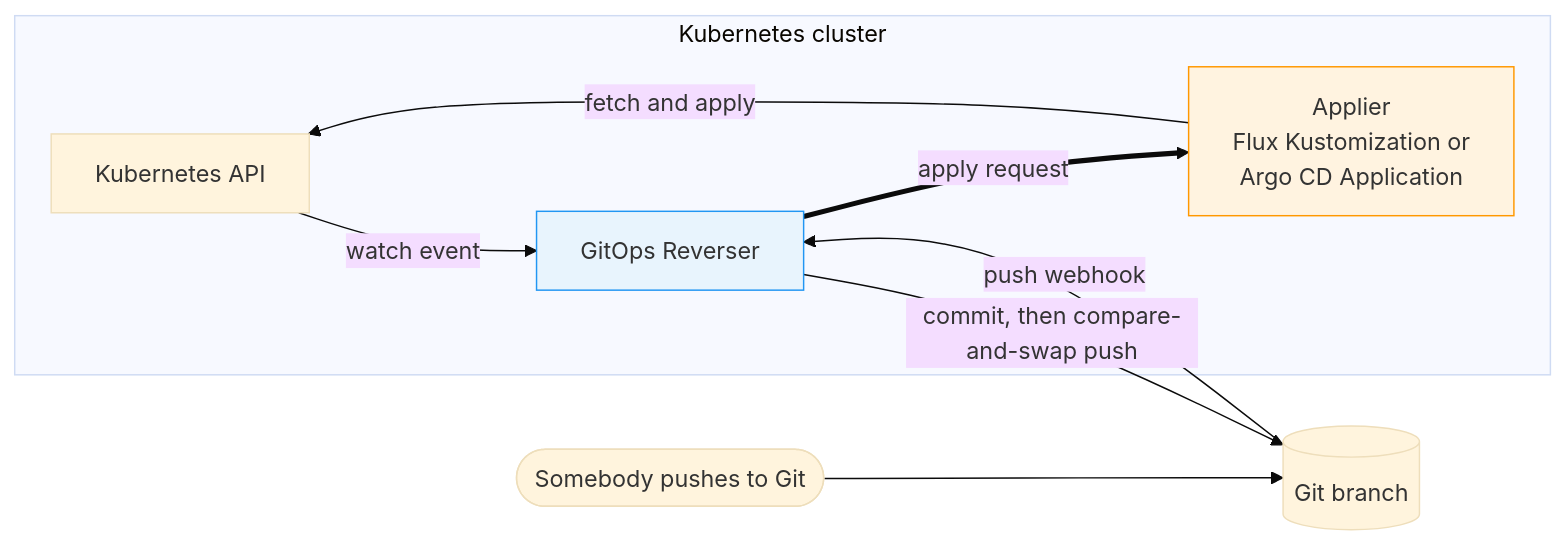
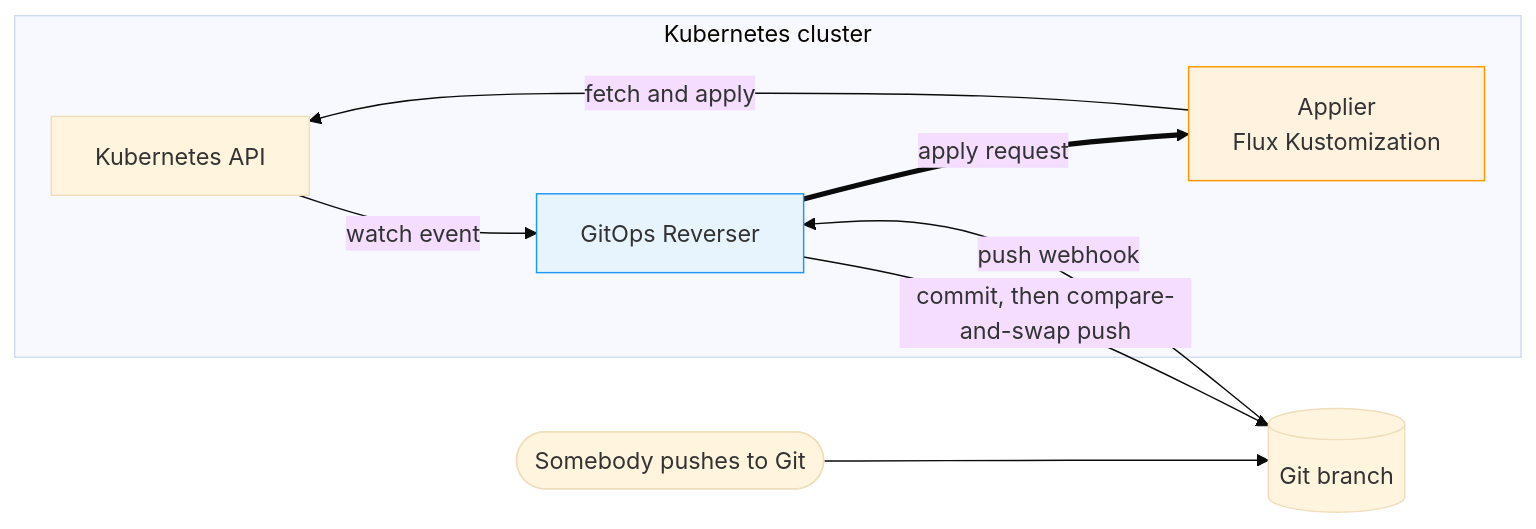
One commit to ConfigButler/gitops-reverser changed the first of 3 diagrams in docs/bi-directional.md. Above: the diagram before and after it, drawn with Mermaid (base theme). The commit also changed other lines of this file and 67 other files, not shown here.

````diff
--- a/docs/bi-directional.md
+++ b/docs/bi-directional.md
@@ -23,20 +24,20 @@
 ```mermaid
 flowchart LR
     subgraph CLUSTER["Kubernetes cluster"]
         API["Kubernetes API"]
         REV["GitOps Reverser"]
-        APP["Applier<br/>Flux Kustomization or<br/>Argo CD Application"]
+        APP["Applier<br/>Flux Kustomization"]
     end
     GIT[("Git branch")]
     HUMAN(["Somebody pushes to Git"])
 
     API -->|"watch event"| REV
     REV -->|"commit, then compare-and-swap push"| GIT
     HUMAN --> GIT
     GIT -->|"push webhook"| REV
     REV ==>|"apply request"| APP
     APP -->|"fetch and apply"| API
 
     style REV fill:#e8f4fd,stroke:#2196f3
     style APP fill:#fff3e0,stroke:#ff9800
 ```
````
